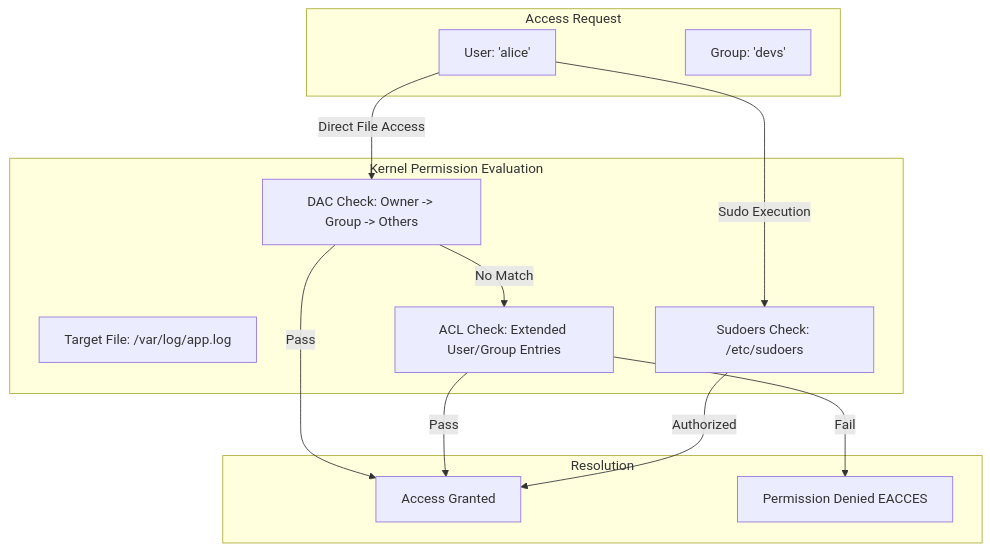
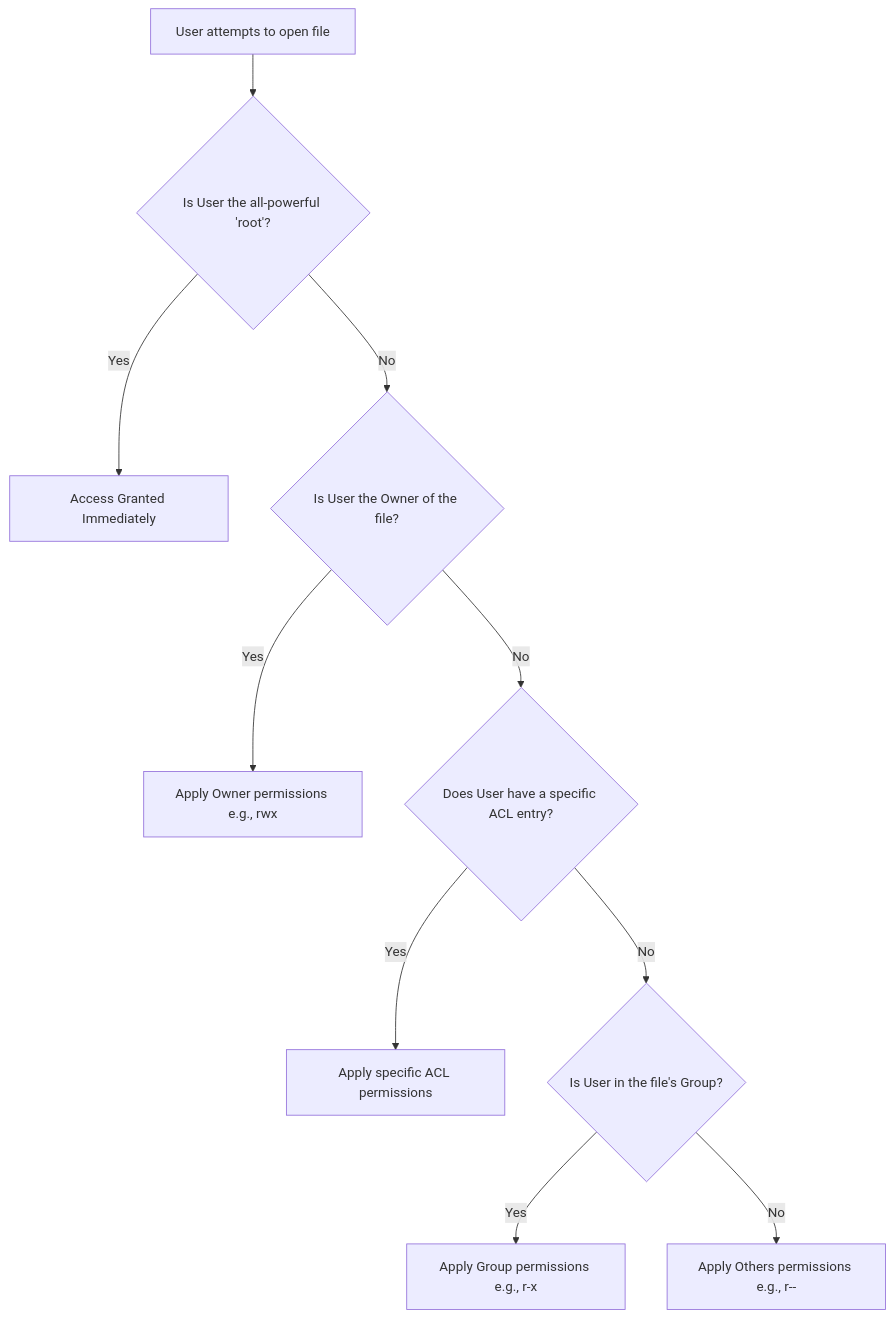
Before and after one commit to aloysiuspattath/platform-engineering-ai-course: the first of 2 diagrams in output/generated/module-01/lesson-02.md, drawn with Mermaid. The commit also changed other lines of this file and 7 other files, not shown here.

````diff
--- a/output/generated/module-01/lesson-02.md
+++ b/output/generated/module-01/lesson-02.md
@@ -71,28 +95,12 @@
 ```mermaid
 flowchart TD
-    subgraph Access Request
-        USER[User: 'alice']
-        GROUP[Group: 'devs']
-    end
-
-    subgraph Kernel Permission Evaluation
-        FILE[Target File: /var/log/app.log]
-        DAC[DAC Check: Owner -> Group -> Others]
-        ACL[ACL Check: Extended User/Group Entries]
-        SUDO[Sudoers Check: /etc/sudoers]
-
-        USER -->|Direct File Access| DAC
-        DAC -->|No Match| ACL
-        USER -->|Sudo Execution| SUDO
-    end
-
-    subgraph Resolution
-        GRANT[Access Granted]
-        DENY[Permission Denied EACCES]
-        
-        DAC -->|Pass| GRANT
-        ACL -->|Pass| GRANT
-        ACL -->|Fail| DENY
-        SUDO -->|Authorized| GRANT
-    end
+    A[User attempts to open file] --> B{Is User the all-powerful 'root'?}
+    B -->|Yes| C[Access Granted Immediately]
+    B -->|No| D{Is User the Owner of the file?}
+    D -->|Yes| E[Apply Owner permissions e.g., rwx]
+    D -->|No| F{Does User have a specific ACL entry?}
+    F -->|Yes| G[Apply specific ACL permissions]
+    F -->|No| H{Is User in the file's Group?}
+    H -->|Yes| I[Apply Group permissions e.g., r-x]
+    H -->|No| J[Apply Others permissions e.g., r--]
 ```
````
